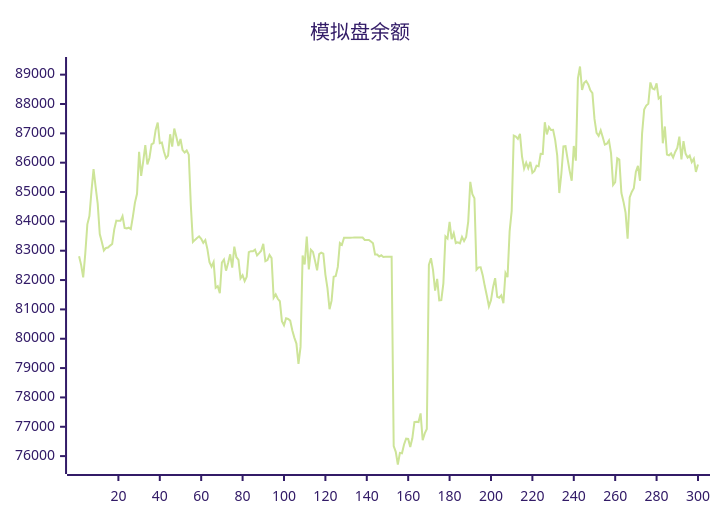
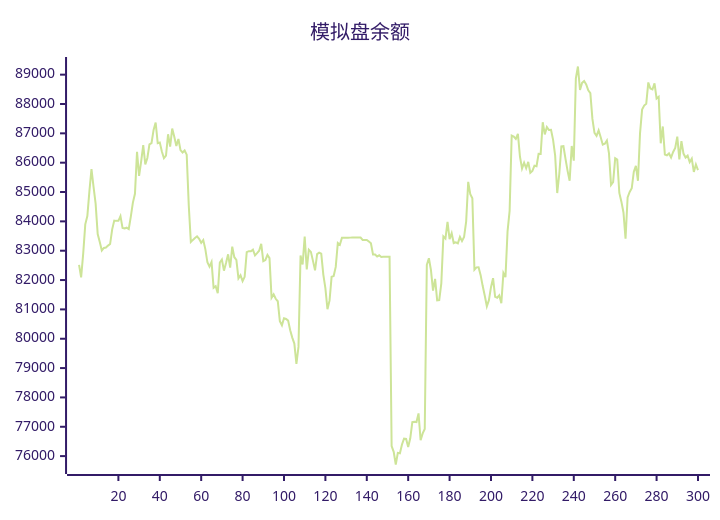
The diagram in README.md (aahl/ai-trading), drawn with Mermaid (forest theme) before and after one commit. The commit also changed other lines of this file and 1 other file, not shown here.

````diff
--- a/README.md
+++ b/README.md
@@ -5,5 +5,5 @@
 ```mermaid
 xychart
     title "模拟盘余额"
-    line [82812,82517,82092,82901,83898,84180,85030,85781,85178,84604,83569,83298,83008,83093,83107,83175,83228,83729,84025,84017,84019,84177,83775,83762,83785,83738,84160,84639,84939,86370,85548,86046,86599,85942,86161,86622,86664,87115,87369,86666,86685,86384,86152,86243,86969,86548,87164,86885,86566,86809,86427,86348,86417,86273,84538,83299,83369,83430,83490,83404,83270,83362,83056,82605,82459,82614,81734,81788,81551,82598,82702,82320,82580,82878,82426,83139,82778,82686,82056,82166,81963,82110,82951,82983,82984,83038,82838,82915,82998,83235,82642,82682,82858,82746,81396,81512,81362,81277,80600,80461,80699,80673,80616,80288,80038,79836,79142,79722,82837,82533,83480,82366,83032,82960,82654,82330,82883,82934,82901,82188,81728,81005,81298,82110,82135,82449,83264,83203,83440,83439,83440,83440,83446,83447,83448,83447,83448,83449,83369,83369,83369,83313,83256,82872,82873,82801,82844,82785,82791,82791,82793,82794,76339,76145,75714,76110,76096,76397,76594,76585,76310,76607,77160,77170,77160,77456,76541,76774,76927,82520,82744,82337,81639,82040,81307,81314,81887,83490,83414,83984,83396,83594,83261,83287,83253,83470,83327,83465,83987,85348,84930,84786,82355,82433,82438,82167,81795,81466,81105,81315,81756,82064,81426,81398,81481,81210,82242,82099,83658,84359,86925,86892,86814,86980,86203,85802,86003,85811,86028,85657,85721,85896,85880,86300,86299,87378,86965,87214,87115,87118,86780,86238,84966,85623,86555,86562,86129,85722,85387,86569,86070,88870,89278,88477,88720,88781,88668,88467,88372,87493,87018,86917,87102,86870,86613,86644,86758,86317,85242,85334,86149,86106,84968,84671,84302,83410,84816,85001,85127,85693,85891,85384,87001,87811,87945,88007,88734,88528,88495,88705,88189,88248,86662,87234,86279,86251,86314,86177,86364,86503,86886,86114,86731,86310,86176,86240,86017,86136,85685,85938]
+    line [82517,82092,82901,83898,84180,85030,85781,85178,84604,83569,83298,83008,83093,83107,83175,83228,83729,84025,84017,84019,84177,83775,83762,83785,83738,84160,84639,84939,86370,85548,86046,86599,85942,86161,86622,86664,87115,87369,86666,86685,86384,86152,86243,86969,86548,87164,86885,86566,86809,86427,86348,86417,86273,84538,83299,83369,83430,83490,83404,83270,83362,83056,82605,82459,82614,81734,81788,81551,82598,82702,82320,82580,82878,82426,83139,82778,82686,82056,82166,81963,82110,82951,82983,82984,83038,82838,82915,82998,83235,82642,82682,82858,82746,81396,81512,81362,81277,80600,80461,80699,80673,80616,80288,80038,79836,79142,79722,82837,82533,83480,82366,83032,82960,82654,82330,82883,82934,82901,82188,81728,81005,81298,82110,82135,82449,83264,83203,83440,83439,83440,83440,83446,83447,83448,83447,83448,83449,83369,83369,83369,83313,83256,82872,82873,82801,82844,82785,82791,82791,82793,82794,76339,76145,75714,76110,76096,76397,76594,76585,76310,76607,77160,77170,77160,77456,76541,76774,76927,82520,82744,82337,81639,82040,81307,81314,81887,83490,83414,83984,83396,83594,83261,83287,83253,83470,83327,83465,83987,85348,84930,84786,82355,82433,82438,82167,81795,81466,81105,81315,81756,82064,81426,81398,81481,81210,82242,82099,83658,84359,86925,86892,86814,86980,86203,85802,86003,85811,86028,85657,85721,85896,85880,86300,86299,87378,86965,87214,87115,87118,86780,86238,84966,85623,86555,86562,86129,85722,85387,86569,86070,88870,89278,88477,88720,88781,88668,88467,88372,87493,87018,86917,87102,86870,86613,86644,86758,86317,85242,85334,86149,86106,84968,84671,84302,83410,84816,85001,85127,85693,85891,85384,87001,87811,87945,88007,88734,88528,88495,88705,88189,88248,86662,87234,86279,86251,86314,86177,86364,86503,86886,86114,86731,86310,86176,86240,86017,86136,85685,85938,85749]
 ```
````
